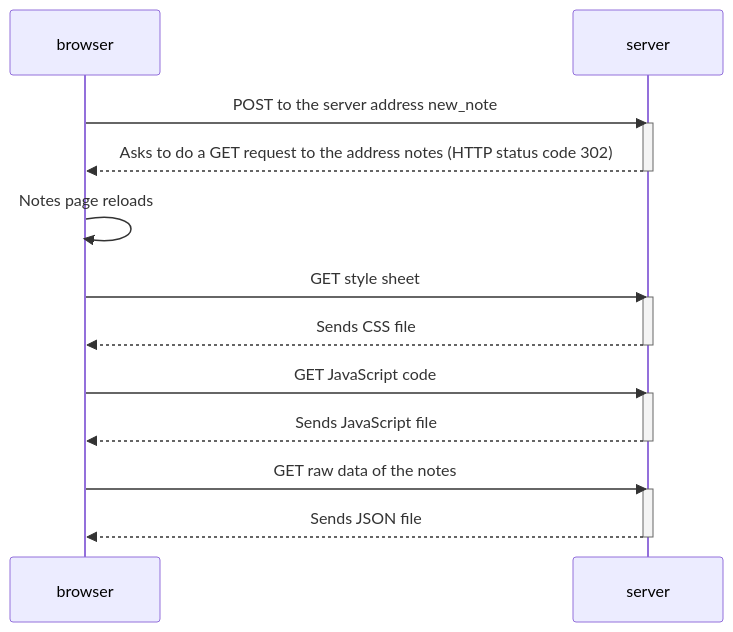
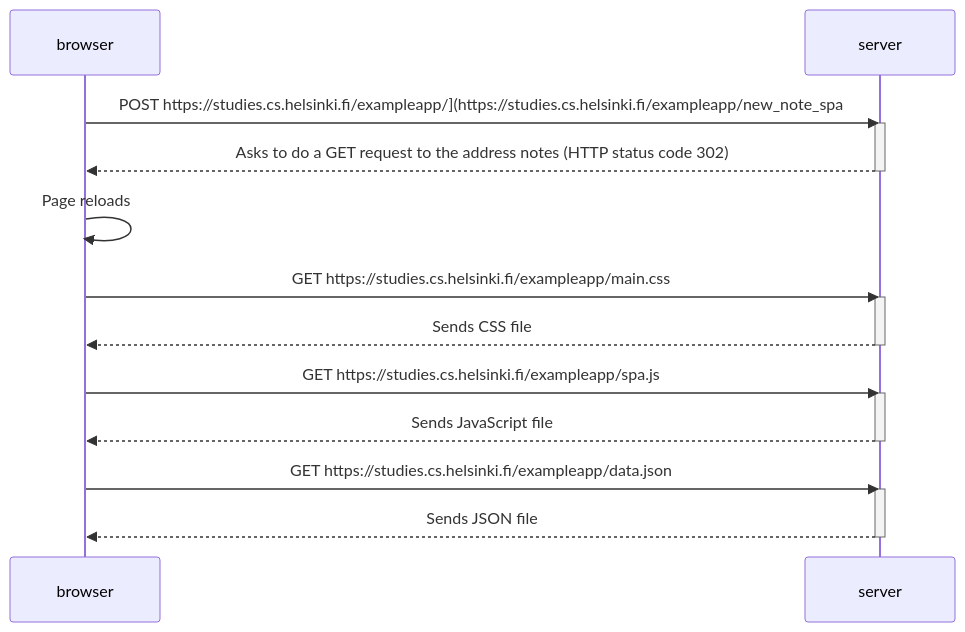
The diagram in Part0/0.4: New note diagram.md (early-dew/FullStackOpen), drawn with Mermaid before and after one commit.

Commit message:
Update 0.4: New note diagram.md

````diff
--- a/Part0/0.4: New note diagram.md
+++ b/Part0/0.4: New note diagram.md
@@ -1,22 +1,22 @@
 ```mermaid
 sequenceDiagram
  participant browser
  participant server
- browser->>server: POST to the server address new_note
+ browser->>server: POST https://studies.cs.helsinki.fi/exampleapp/](https://studies.cs.helsinki.fi/exampleapp/new_note_spa
  activate server
  server-->>browser:  Asks to do a GET request to the address notes (HTTP status code 302)
  deactivate server
- browser->>browser: Notes page reloads
- browser->>server: GET style sheet
+ browser->>browser: Page reloads
+ browser->>server: GET https://studies.cs.helsinki.fi/exampleapp/main.css
  activate server
  server-->>browser: Sends CSS file
  deactivate server
- browser->>server: GET JavaScript code
+ browser->>server: GET https://studies.cs.helsinki.fi/exampleapp/spa.js
  activate server
  server-->>browser: Sends JavaScript file
  deactivate server
- browser->>server: GET raw data of the notes
+ browser->>server: GET https://studies.cs.helsinki.fi/exampleapp/data.json
  activate server
  server-->>browser: Sends JSON file
  deactivate server
 ```
````
